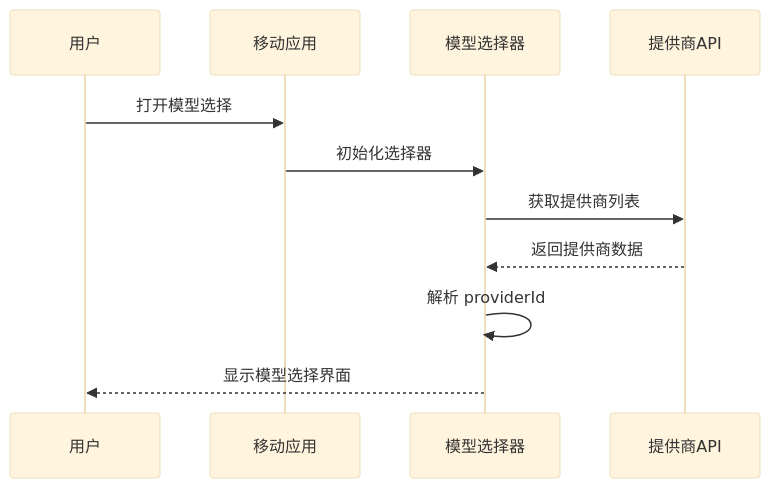
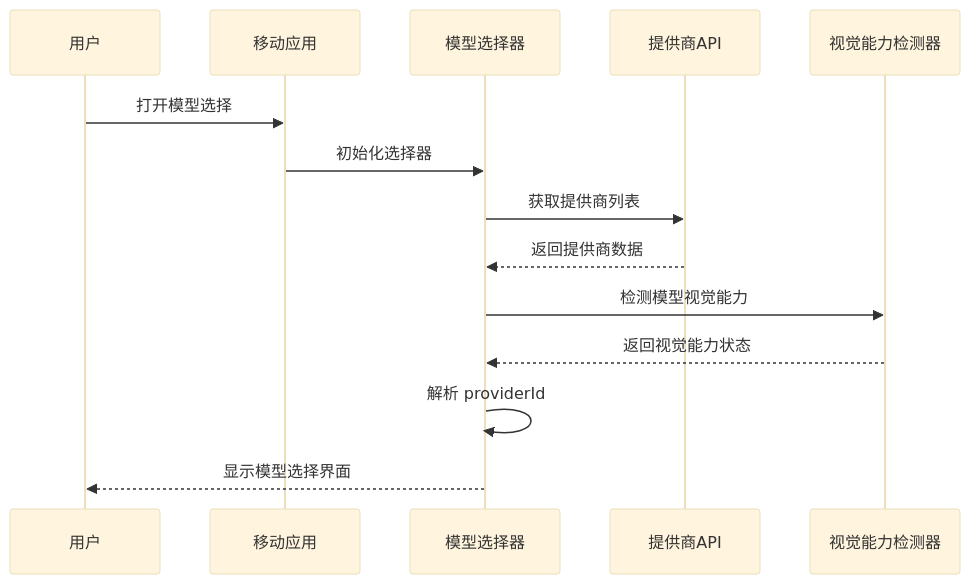
One commit to AvatoLabs/avato changed diagram 17 of 19 in .qoder/repowiki/zh/content/核心功能模块/模型选择器增强.md. Above: the diagram before and after it, drawn with Mermaid (base theme). The commit also changed other lines of this file and 50 other files, not shown here.

````diff
--- a/.qoder/repowiki/zh/content/核心功能模块/模型选择器增强.md
+++ b/.qoder/repowiki/zh/content/核心功能模块/模型选择器增强.md
@@ -442,13 +744,16 @@
 ```mermaid
 sequenceDiagram
 participant User as 用户
 participant MobileApp as 移动应用
 participant ModelPicker as 模型选择器
 participant ProviderAPI as 提供商API
+participant VisualDetector as 视觉能力检测器
 User->>MobileApp : 打开模型选择
 MobileApp->>ModelPicker : 初始化选择器
 ModelPicker->>ProviderAPI : 获取提供商列表
 ProviderAPI-->>ModelPicker : 返回提供商数据
+ModelPicker->>VisualDetector : 检测模型视觉能力
+VisualDetector-->>ModelPicker : 返回视觉能力状态
 ModelPicker->>ModelPicker : 解析 providerId
 ModelPicker-->>User : 显示模型选择界面
 ```
````
